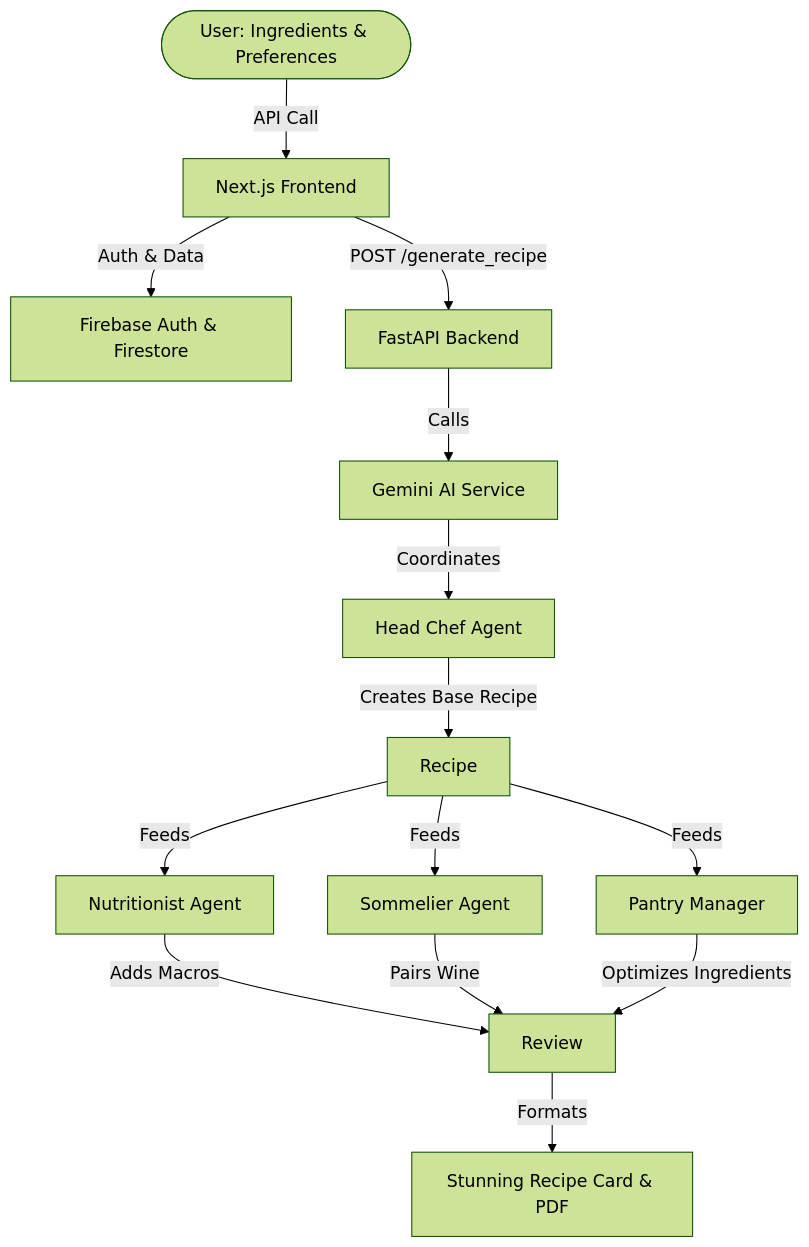
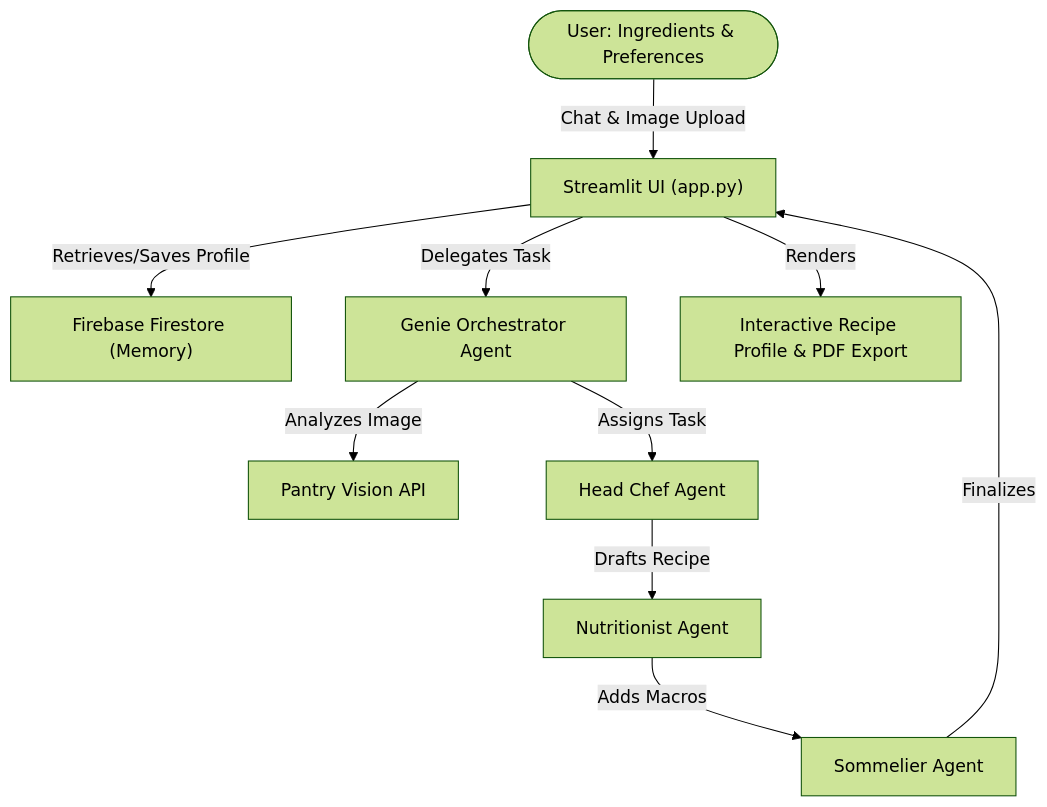
The diagram in README.md (ktkubracom/MealGenie-AI-Agent), drawn with Mermaid (forest theme) before and after one commit. The commit also changed other lines of this file, not shown here.

````diff
--- a/README.md
+++ b/README.md
@@ -21,16 +24,12 @@
 ```mermaid
 graph TD
-    User(["User: Ingredients & Preferences"]) -->|API Call| FrontEnd["Next.js Frontend"]
-    FrontEnd -->|Auth & Data| Firebase["Firebase Auth & Firestore"]
-    FrontEnd -->|POST /generate_recipe| Backend["FastAPI Backend"]
-    Backend -->|Calls| Gemini["Gemini AI Service"]
-    Gemini -->|Coordinates| Chef["Head Chef Agent"]
-    Chef -->|Creates Base Recipe| Recipe
-    Recipe -->|Feeds| Nutritionist["Nutritionist Agent"]
-    Recipe -->|Feeds| Sommelier["Sommelier Agent"]
-    Recipe -->|Feeds| Pantry["Pantry Manager"]
-    Nutritionist -->|Adds Macros| Review["Review"]
-    Sommelier -->|Pairs Wine| Review
-    Pantry -->|Optimizes Ingredients| Review
-    Review -->|Formats| Final["Stunning Recipe Card & PDF"]
+    User(["User: Ingredients & Preferences"]) -->|Chat & Image Upload| Streamlit["Streamlit UI (app.py)"]
+    Streamlit -->|Retrieves/Saves Profile| Firebase["Firebase Firestore (Memory)"]
+    Streamlit -->|Delegates Task| Coordinator["Genie Orchestrator Agent"]
+    Coordinator -->|Analyzes Image| Vision["Pantry Vision API"]
+    Coordinator -->|Assigns Task| Chef["Head Chef Agent"]
+    Chef -->|Drafts Recipe| Nutritionist["Nutritionist Agent"]
+    Nutritionist -->|Adds Macros| Sommelier["Sommelier Agent"]
+    Sommelier -->|Finalizes| Streamlit
+    Streamlit -->|Renders| UI["Interactive Recipe Profile & PDF Export"]
 ```
````
